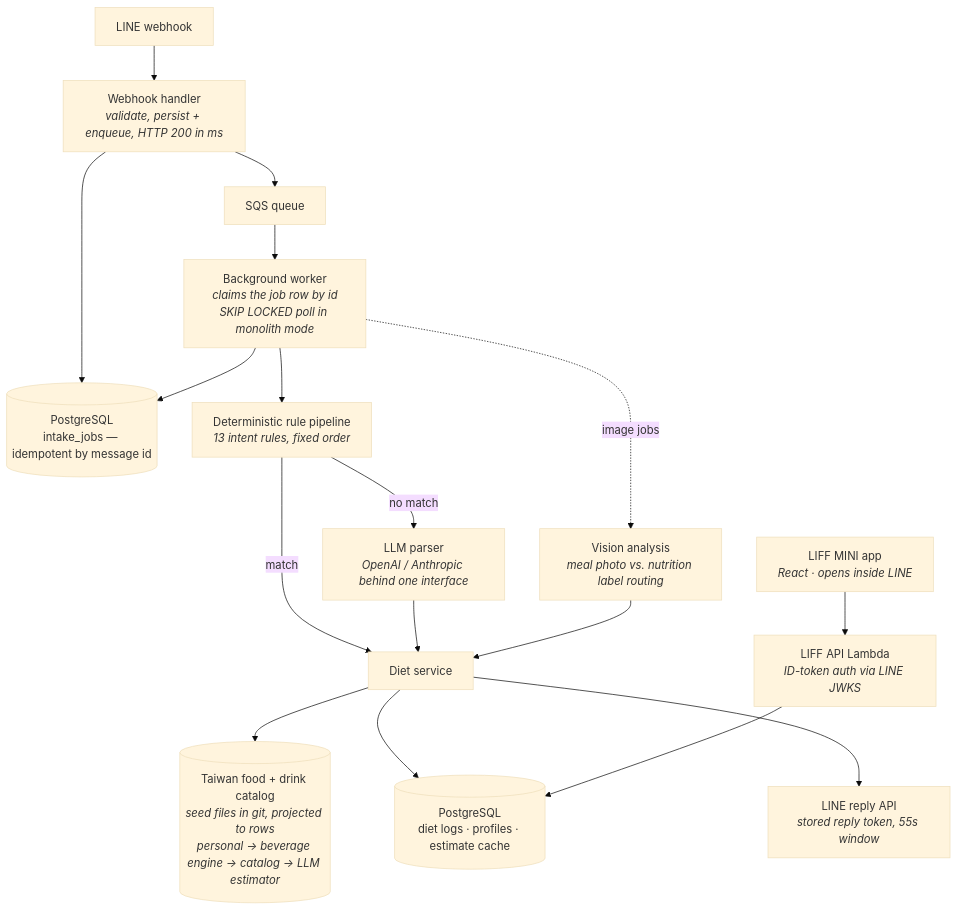
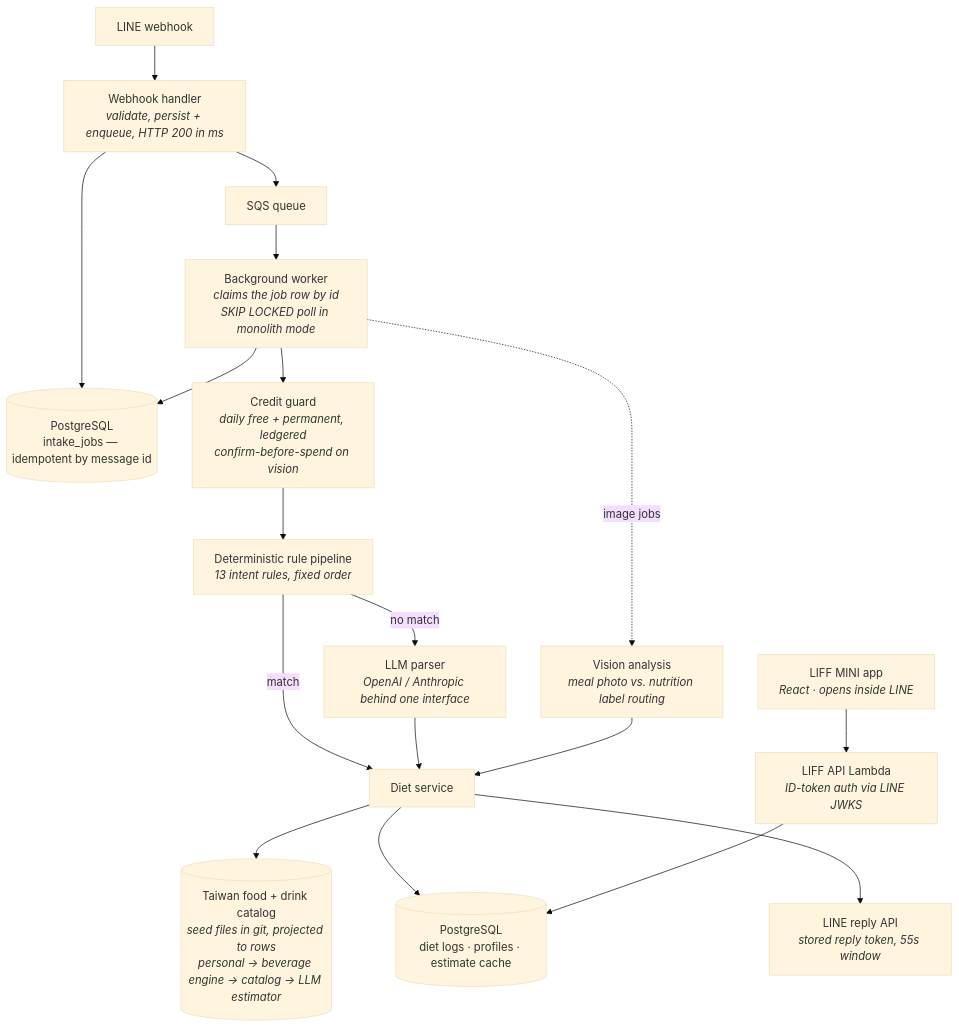
The diagram in README.md (jeffery12697/fitneko-case-study), drawn with Mermaid (base theme) before and after one commit. The commit also changed other lines of this file and 3 other files, not shown here.

````diff
--- a/README.md
+++ b/README.md
@@ -28,19 +29,20 @@
 ```mermaid
 flowchart TD
     LINE[LINE webhook] --> WH[Webhook handler<br/><i>validate, persist + enqueue, HTTP 200 in ms</i>]
     WH --> DB[(PostgreSQL<br/>intake_jobs — idempotent by message id)]
     WH --> Q[SQS queue]
     Q --> W[Background worker<br/><i>claims the job row by id<br/>SKIP LOCKED poll in monolith mode</i>]
     W --> DB
-    W --> RP[Deterministic rule pipeline<br/><i>13 intent rules, fixed order</i>]
+    W --> CRED[Credit guard<br/><i>daily free + permanent, ledgered<br/>confirm-before-spend on vision</i>]
+    CRED --> RP[Deterministic rule pipeline<br/><i>13 intent rules, fixed order</i>]
     RP -->|no match| LLM[LLM parser<br/><i>OpenAI / Anthropic behind one interface</i>]
     RP -->|match| SVC[Diet service]
     LLM --> SVC
     SVC --> CAT[(Taiwan food + drink catalog<br/><i>seed files in git, projected to rows<br/>personal → beverage engine → catalog → LLM estimator</i>)]
     SVC --> PG[(PostgreSQL<br/>diet logs · profiles · estimate cache)]
     SVC --> REPLY[LINE reply API<br/><i>stored reply token, 55s window</i>]
     W -.->|image jobs| VIS[Vision analysis<br/><i>meal photo vs. nutrition label routing</i>]
     VIS --> SVC
     LIFF[LIFF MINI app<br/><i>React · opens inside LINE</i>] --> API[LIFF API Lambda<br/><i>ID-token auth via LINE JWKS</i>]
     API --> PG
 ```
````
